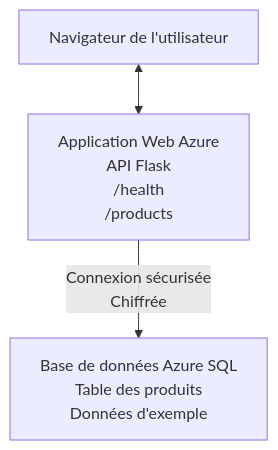
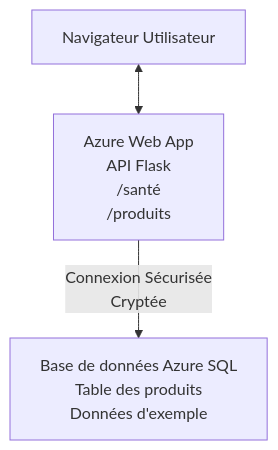
One commit to microsoft/AZD-for-beginners changed the diagram in translations/fr/examples/database-app/README.md. Above: the diagram before and after it, drawn with Mermaid. The commit also changed other lines of this file and 99 other files, not shown here.

````diff
--- a/translations/fr/examples/database-app/README.md
+++ b/translations/fr/examples/database-app/README.md
@@ -72,5 +72,5 @@
 ```mermaid
 graph TD
-    Browser[Navigateur de l'utilisateur] <--> WebApp[Application Web Azure<br/>API Flask<br/>/health<br/>/products]
-    WebApp -- Connexion sécurisée<br/>Chiffrée --> SQL[Base de données Azure SQL<br/>Table des produits<br/>Données d'exemple]
+    Browser[Navigateur Utilisateur] <--> WebApp[Azure Web App<br/>API Flask<br/>/santé<br/>/produits]
+    WebApp -- Connexion Sécurisée<br/>Cryptée --> SQL[Base de données Azure SQL<br/>Table des produits<br/>Données d'exemple]
 ```
````
